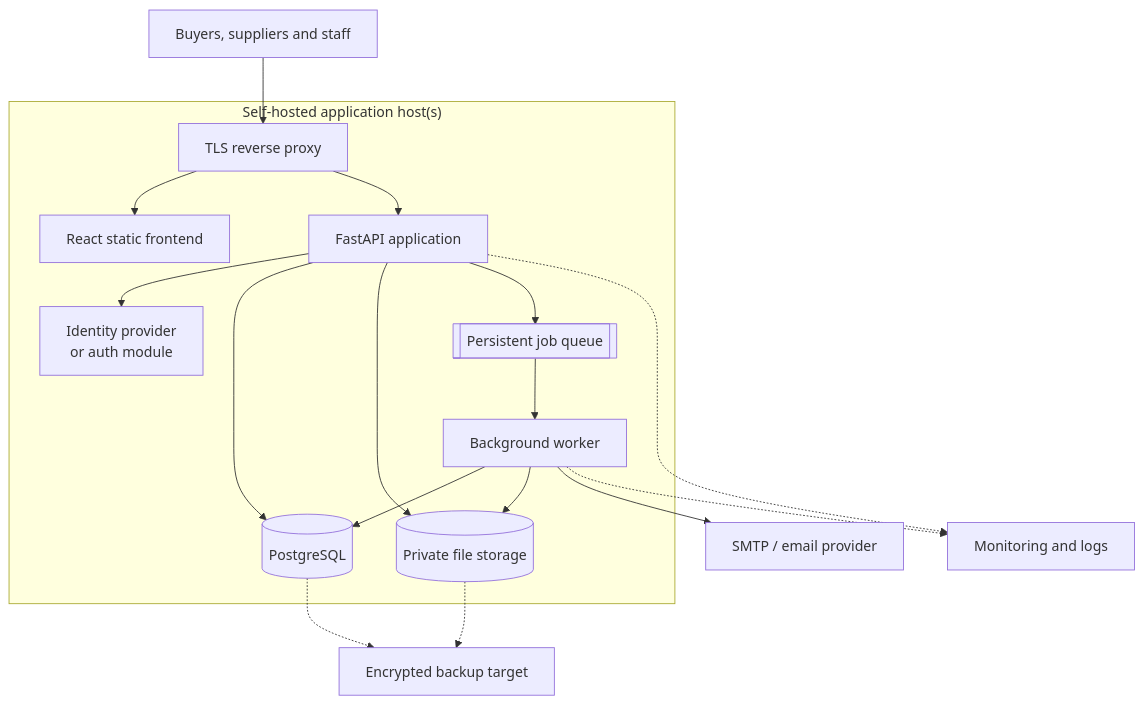
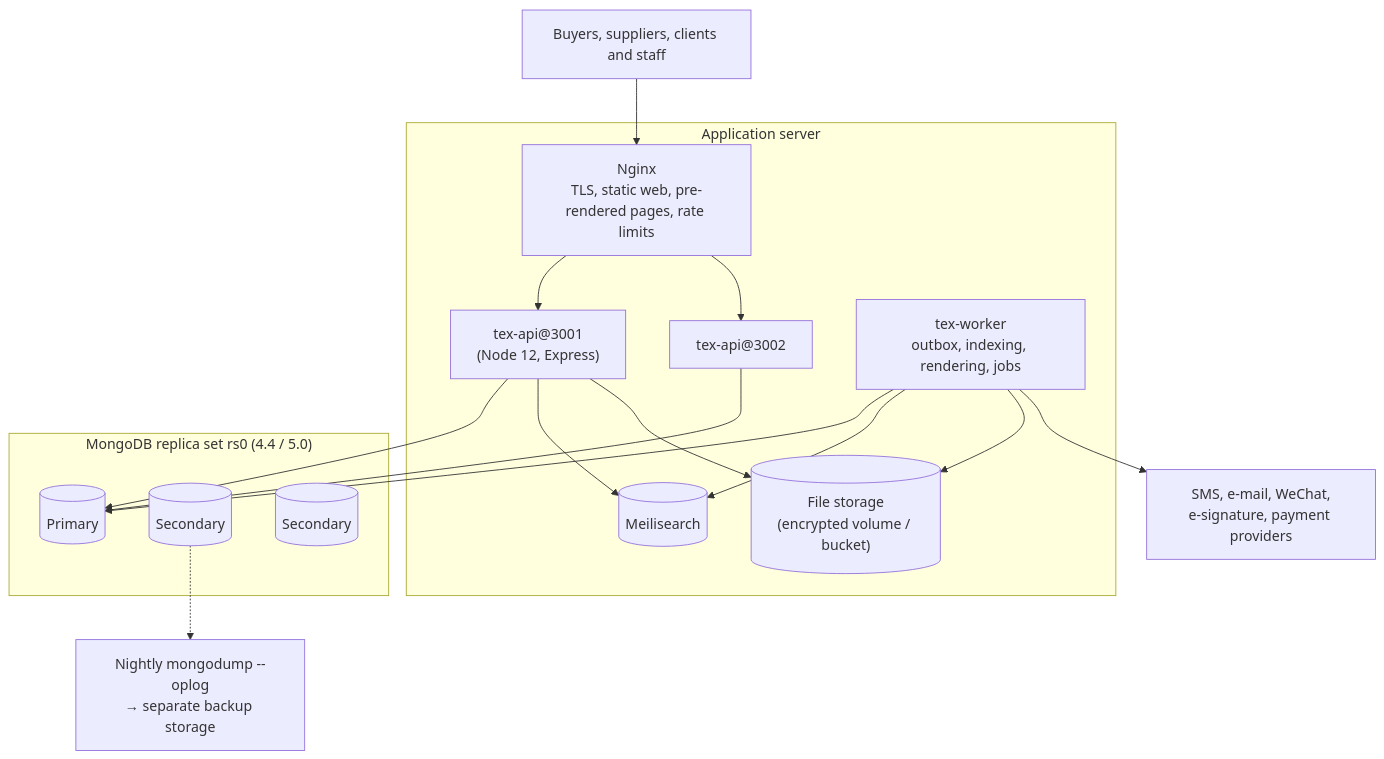
One commit to greensoft-atom/tex-platform changed the second of 13 diagrams in 06-implementation-design-v1.md. Above: the diagram before and after it, drawn with Mermaid. The commit also changed other lines of this file and 25 other files, not shown here.

````diff
--- a/06-implementation-design-v1.md
+++ b/06-implementation-design-v1.md
@@ -187,20 +189,26 @@
 ```mermaid
 flowchart TB
-    USERS["Buyers, suppliers and staff"] --> RP
-    subgraph HOST["Self-hosted application host(s)"]
-        RP["TLS reverse proxy"] --> FE["React static frontend"]
-        RP --> API["FastAPI application"]
-        API --> AUTH["Identity provider<br/>or auth module"]
-        API --> PG[("PostgreSQL")]
-        API --> FS[("Private file storage")]
-        API --> JQ[["Persistent job queue"]]
-        JQ --> WK["Background worker"]
-        WK --> PG
-        WK --> FS
+    USERS["Buyers, suppliers, clients and staff"] --> NG
+    subgraph APPHOST["Application server"]
+        NG["Nginx<br/>TLS, static web, pre-rendered pages, rate limits"]
+        NG --> API1["tex-api@3001<br/>(Node 12, Express)"]
+        NG --> API2["tex-api@3002"]
+        WK["tex-worker<br/>outbox, indexing, rendering, jobs"]
+        MS[("Meilisearch")]
+        FS[("File storage<br/>(encrypted volume / bucket)")]
     end
-    WK --> SMTP["SMTP / email provider"]
-    API -.-> MON["Monitoring and logs"]
-    WK -.-> MON
-    PG -.-> BAK["Encrypted backup target"]
-    FS -.-> BAK
+    subgraph DBHOSTS["MongoDB replica set rs0 (4.4 / 5.0)"]
+        P[("Primary")]
+        S1[("Secondary")]
+        S2[("Secondary")]
+    end
+    API1 --> P
+    API2 --> P
+    WK --> P
+    API1 --> MS
+    WK --> MS
+    API1 --> FS
+    WK --> FS
+    WK --> EXT["SMS, e-mail, WeChat,<br/>e-signature, payment providers"]
+    S1 -.-> BK["Nightly mongodump --oplog<br/>→ separate backup storage"]
 ```
````
